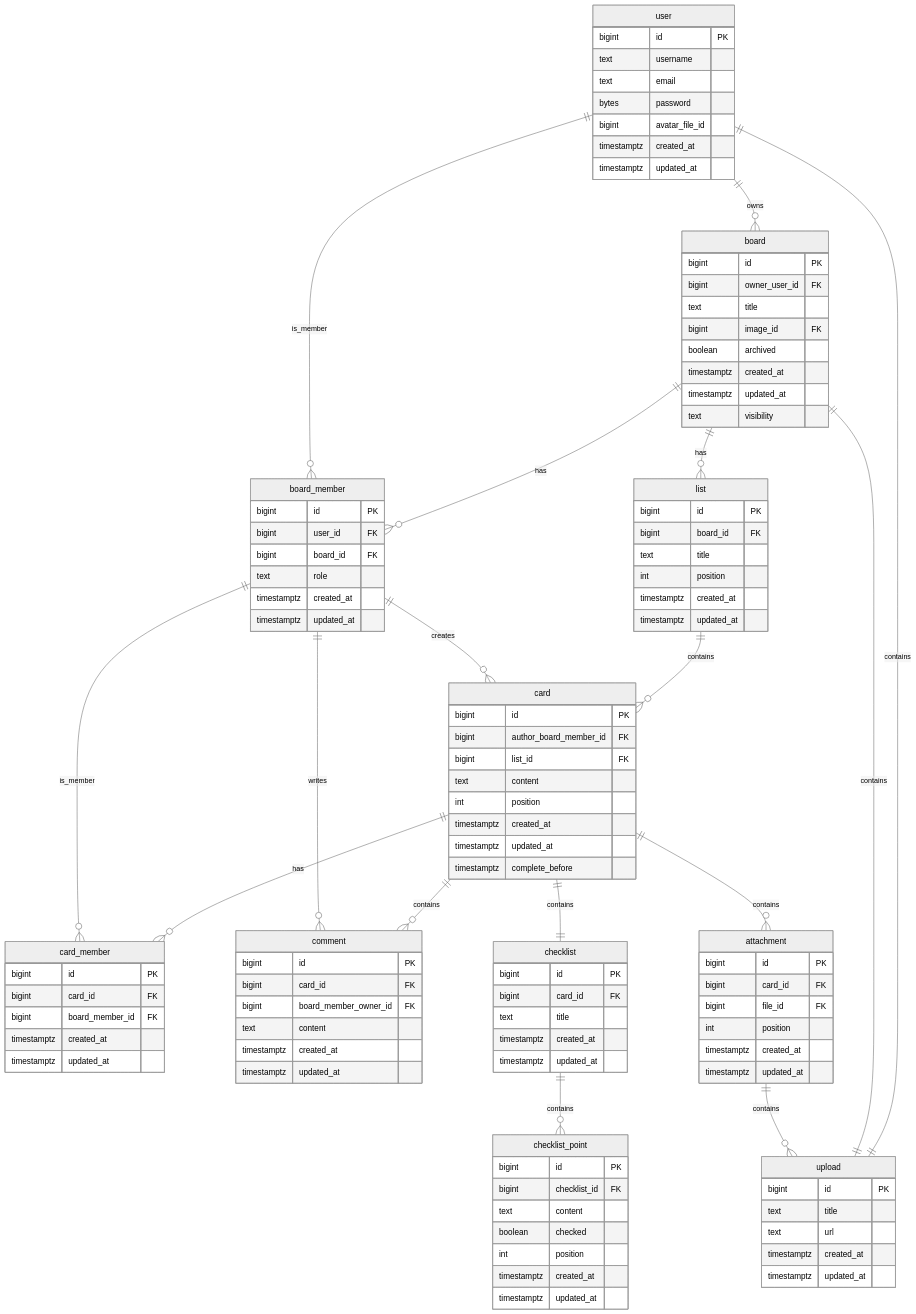
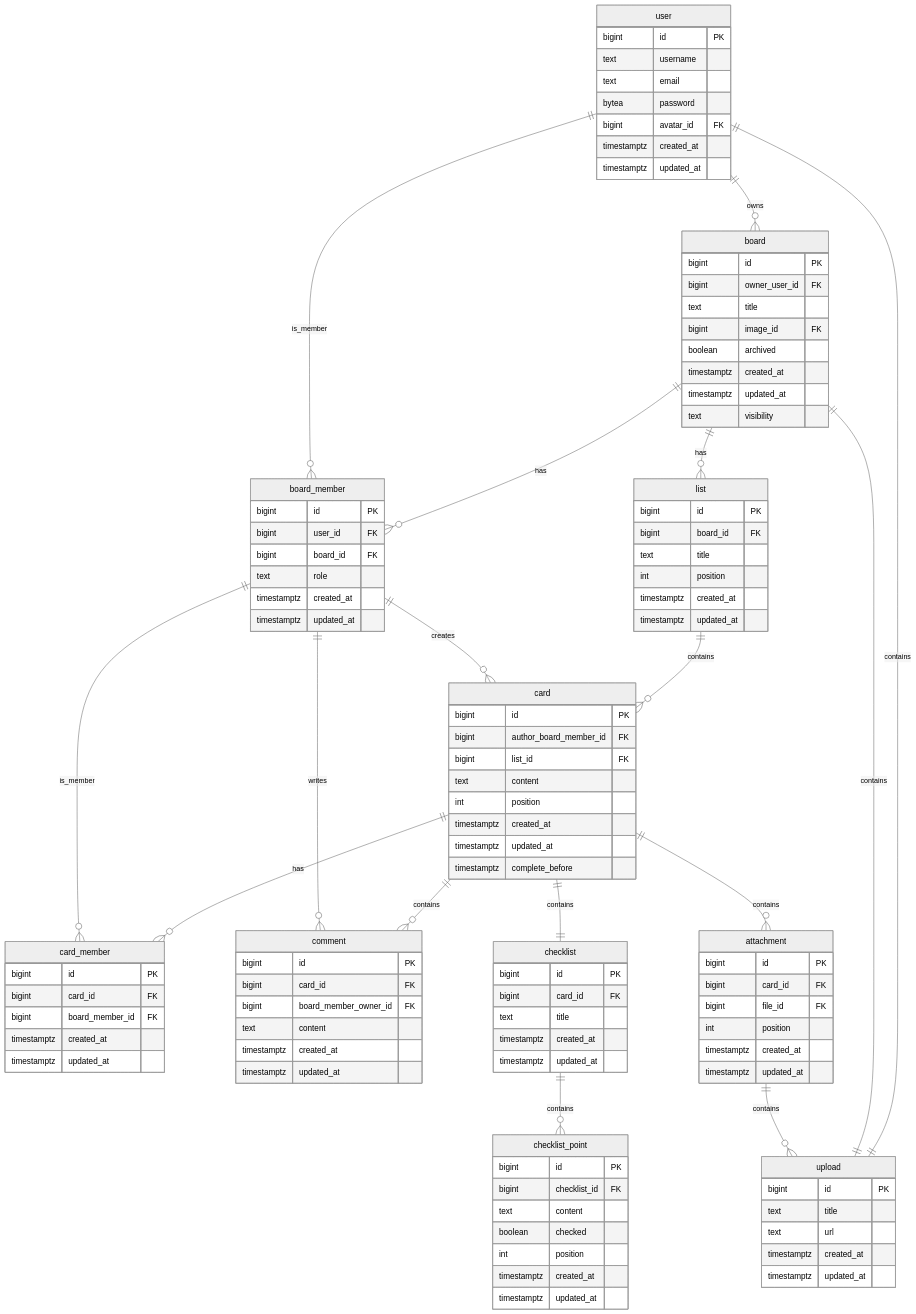
The diagram in internal/db/normalized/ERdiagram.md (go-park-mail-ru/2025_2_PochtiVPraime), drawn with Mermaid (neutral theme) before and after one commit. The commit also changed 2 other files, not shown here.

Commit message:
now password is bytea and fix misprint

```diff
--- a/internal/db/normalized/ERdiagram.md
+++ b/internal/db/normalized/ERdiagram.md
@@ -4,8 +4,8 @@
 		bigint id PK 
 		text username  
 		text email   
-		bytes password 
-        bigint avatar_file_id  
+		bytea password 
+        bigint avatar_id FK 
         timestamptz created_at
         timestamptz updated_at
 	}
```
